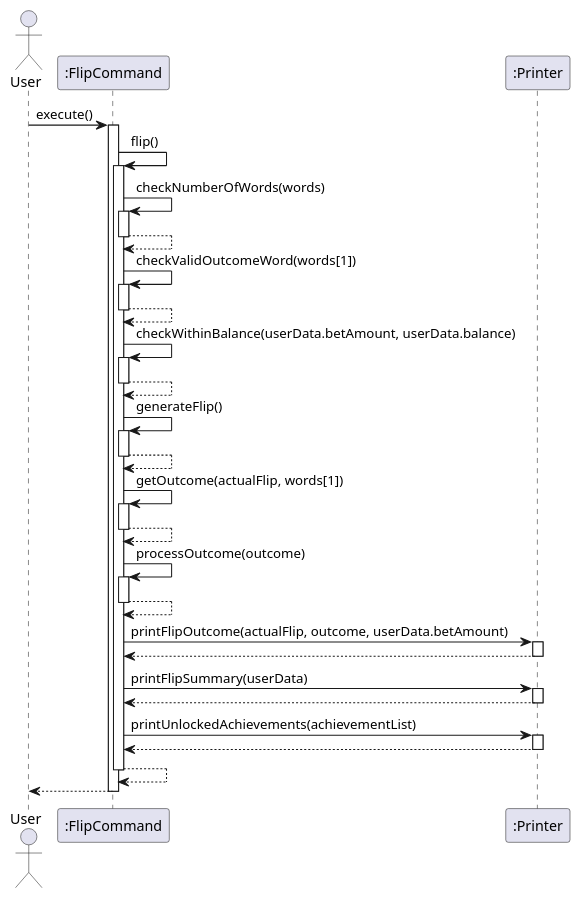
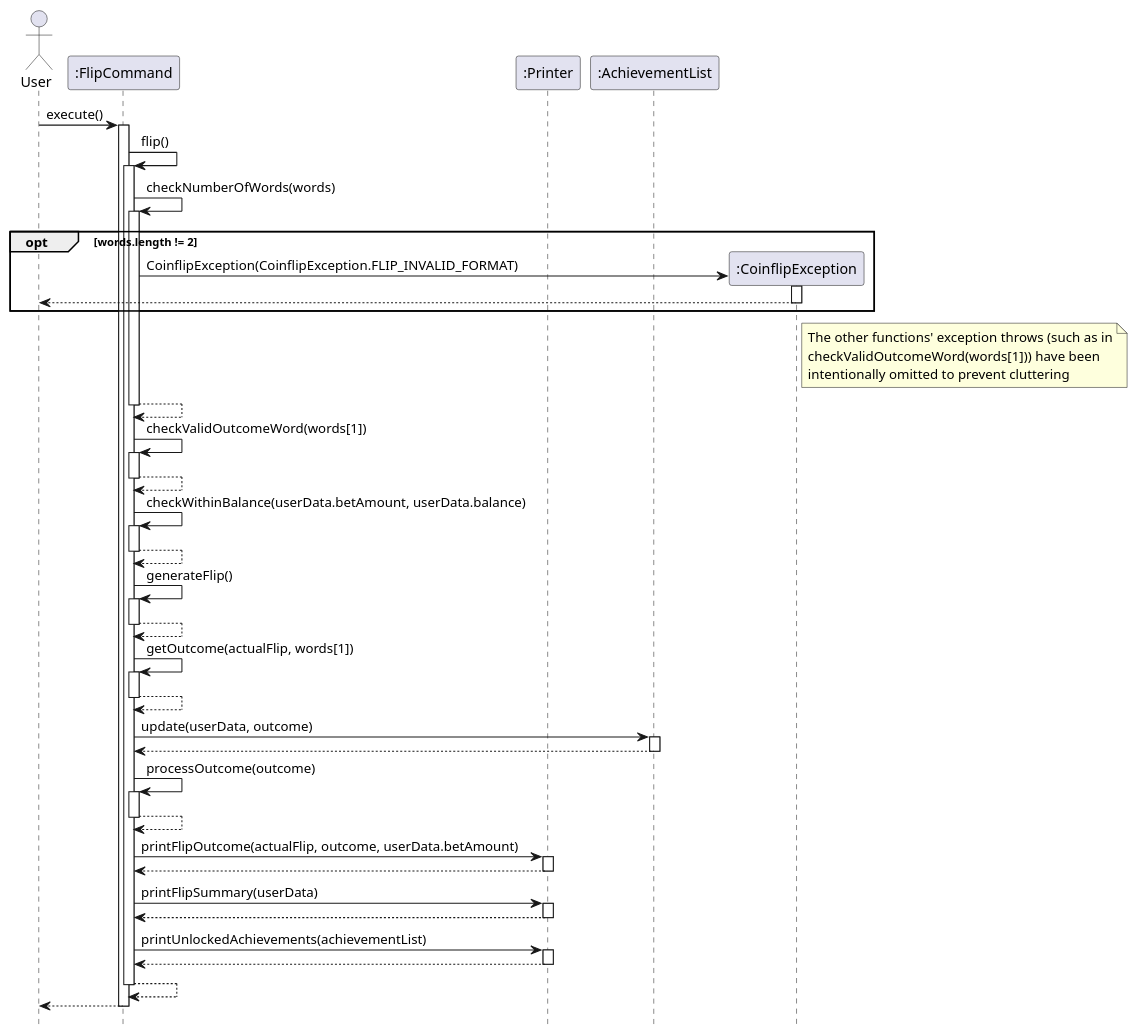
The diagram in docs/diagrams/flip.puml (timothyloh0523/tp), drawn with PlantUML before and after one commit. The commit also changed 16 other files, not shown here.

```diff
--- a/docs/diagrams/flip.puml
+++ b/docs/diagrams/flip.puml
@@ -1,54 +1,73 @@
 @startuml
 actor User as User
+hide footbox
 participant FlipCommand as ":FlipCommand"
 participant Printer as ":Printer"
+participant AchievementList as ":AchievementList"
+participant CoinflipException as ":CoinflipException"
 
 User -> FlipCommand: execute()
 activate FlipCommand
 
 
 FlipCommand -> FlipCommand: flip()
 activate FlipCommand
 FlipCommand -> FlipCommand: checkNumberOfWords(words)
 activate FlipCommand
+opt words.length != 2
+create CoinflipException
+FlipCommand -> CoinflipException : CoinflipException(CoinflipException.FLIP_INVALID_FORMAT)
+activate CoinflipException
+CoinflipException --> User
+deactivate CoinflipException
+end
+note right of CoinflipException
+The other functions' exception throws (such as in
+checkValidOutcomeWord(words[1])) have been
+intentionally omitted to prevent cluttering
+end note
 FlipCommand --> FlipCommand
 deactivate FlipCommand
 FlipCommand -> FlipCommand: checkValidOutcomeWord(words[1])
 activate FlipCommand
 FlipCommand --> FlipCommand
 deactivate FlipCommand
 FlipCommand -> FlipCommand: checkWithinBalance(userData.betAmount, userData.balance)
 activate FlipCommand
 FlipCommand --> FlipCommand
 deactivate FlipCommand
 FlipCommand -> FlipCommand: generateFlip()
 activate FlipCommand
 FlipCommand --> FlipCommand
 deactivate FlipCommand
 FlipCommand -> FlipCommand: getOutcome(actualFlip, words[1])
 activate FlipCommand
 FlipCommand --> FlipCommand
 deactivate FlipCommand
+FlipCommand -> AchievementList: update(userData, outcome)
+activate AchievementList
+AchievementList --> FlipCommand
+deactivate AchievementList
 FlipCommand -> FlipCommand: processOutcome(outcome)
 activate FlipCommand
 FlipCommand --> FlipCommand
 deactivate FlipCommand
 
 
 FlipCommand -> Printer: printFlipOutcome(actualFlip, outcome, userData.betAmount)
 activate Printer
 Printer --> FlipCommand
 deactivate Printer
 FlipCommand -> Printer: printFlipSummary(userData)
 activate Printer
 Printer --> FlipCommand
 deactivate Printer
 FlipCommand -> Printer: printUnlockedAchievements(achievementList)
 activate Printer
 Printer --> FlipCommand
 deactivate Printer
 FlipCommand --> FlipCommand
 deactivate FlipCommand
 FlipCommand --> User
 deactivate FlipCommand
 @enduml
```
